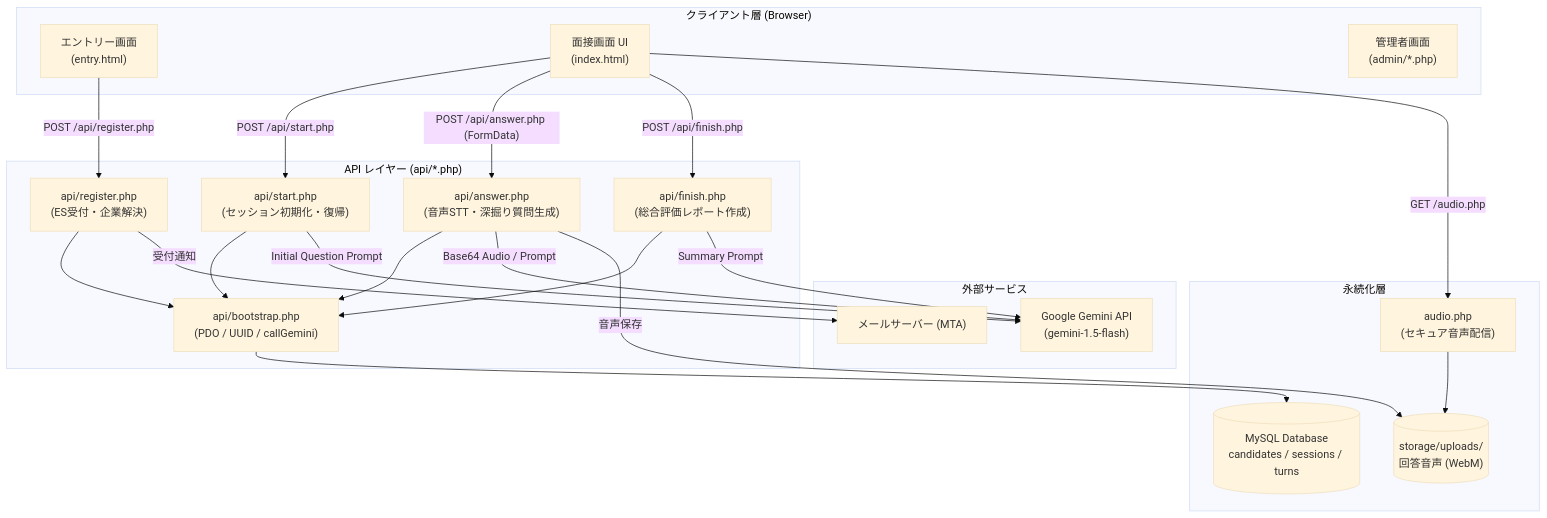
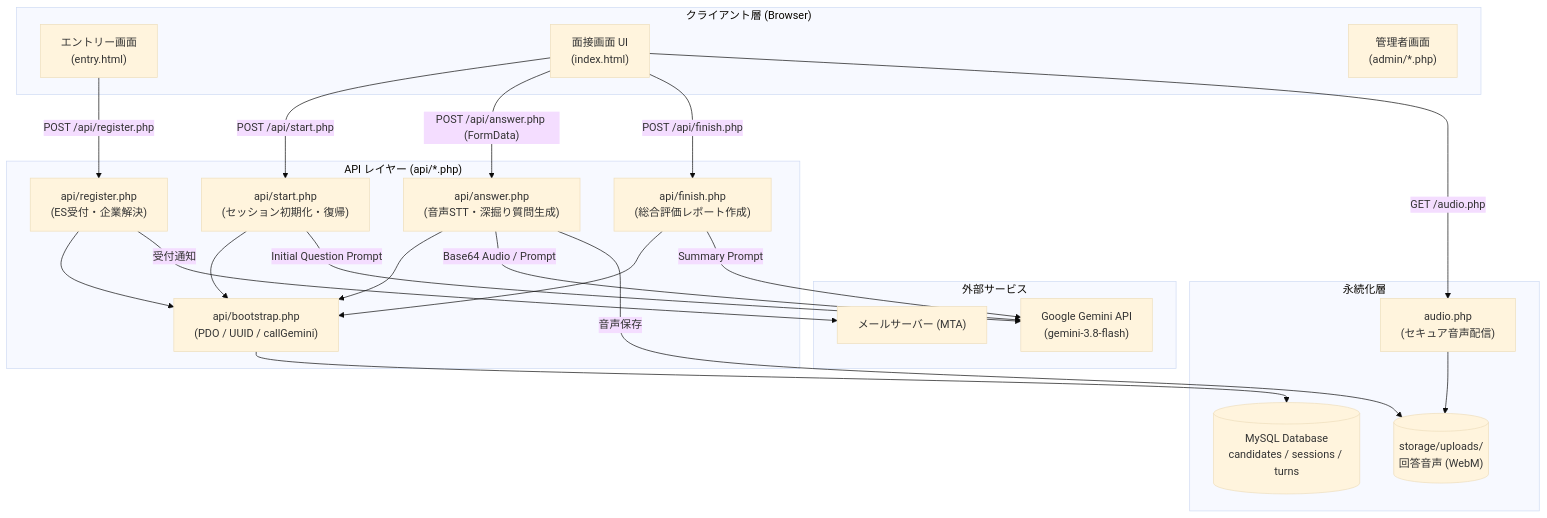
One commit to ipogy/aimensetu changed the first of 2 diagrams in README.md. Above: the diagram before and after it, drawn with Mermaid (base theme). The commit also changed other lines of this file and 2 other files, not shown here.

````diff
--- a/README.md
+++ b/README.md
@@ -53,48 +53,48 @@
 ```mermaid
 flowchart TD
     subgraph Client["クライアント層 (Browser)"]
         EntryUI["エントリー画面<br/>(entry.html)"]
         InterviewUI["面接画面 UI<br/>(index.html)"]
         AdminUI["管理者画面<br/>(admin/*.php)"]
     end
 
     subgraph API["API レイヤー (api/*.php)"]
         RegisterAPI["api/register.php<br/>(ES受付・企業解決)"]
         StartAPI["api/start.php<br/>(セッション初期化・復帰)"]
         AnswerAPI["api/answer.php<br/>(音声STT・深掘り質問生成)"]
         FinishAPI["api/finish.php<br/>(総合評価レポート作成)"]
         Bootstrap["api/bootstrap.php<br/>(PDO / UUID / callGemini)"]
     end
 
     subgraph External["外部サービス"]
-        GeminiFlash["Google Gemini API<br/>(gemini-1.5-flash)"]
+        GeminiFlash["Google Gemini API<br/>(gemini-3.8-flash)"]
         MTA["メールサーバー (MTA)"]
     end
 
     subgraph Storage["永続化層"]
         MySQL[("MySQL Database<br/>candidates / sessions / turns")]
         Uploads[("storage/uploads/<br/>回答音声 (WebM)")]
         AudioGW["audio.php<br/>(セキュア音声配信)"]
     end
 
     EntryUI -->|"POST /api/register.php"| RegisterAPI
     InterviewUI -->|"POST /api/start.php"| StartAPI
     InterviewUI -->|"POST /api/answer.php (FormData)"| AnswerAPI
     InterviewUI -->|"POST /api/finish.php"| FinishAPI
     InterviewUI -->|"GET /audio.php"| AudioGW
 
     RegisterAPI --> Bootstrap
     StartAPI --> Bootstrap
     AnswerAPI --> Bootstrap
     FinishAPI --> Bootstrap
 
     AnswerAPI -->|"Base64 Audio / Prompt"| GeminiFlash
     FinishAPI -->|"Summary Prompt"| GeminiFlash
     StartAPI -->|"Initial Question Prompt"| GeminiFlash
 
     RegisterAPI -->|"受付通知"| MTA
     Bootstrap --> MySQL
     AnswerAPI -->|"音声保存"| Uploads
     AudioGW --> Uploads
 
 ```
````
